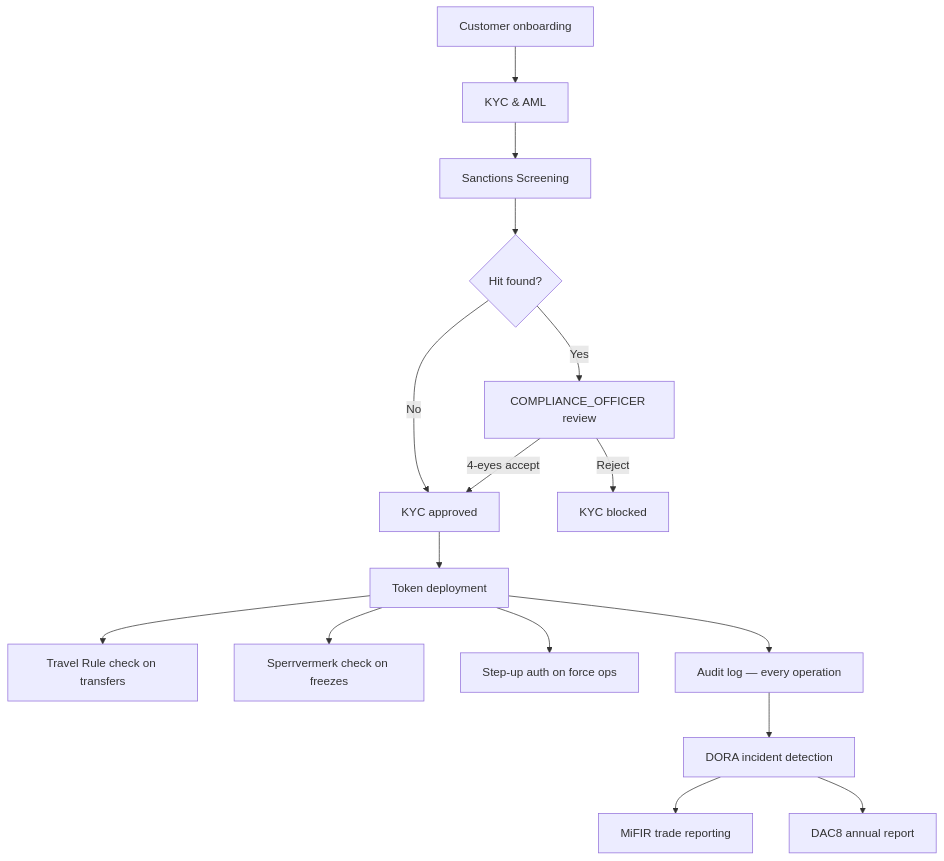
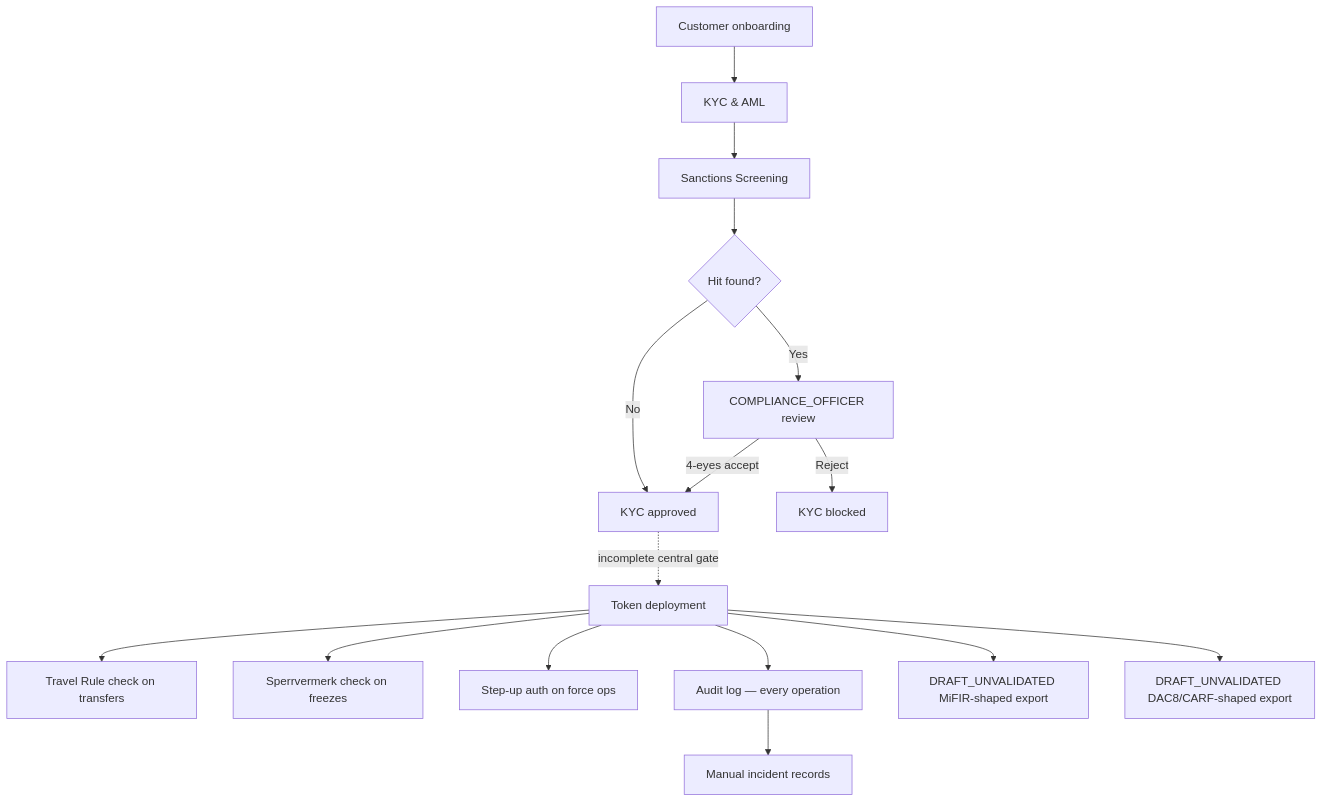
The diagram in docs/compliance/index.md (makibytes/registerwerk), drawn with Mermaid before and after one commit. The commit also changed other lines of this file and 1047 other files, not shown here.

````diff
--- a/docs/compliance/index.md
+++ b/docs/compliance/index.md
@@ -14,18 +20,18 @@
 ```mermaid
 flowchart TD
     A[Customer onboarding] --> B[KYC & AML]
     B --> C[Sanctions Screening]
     C --> D{Hit found?}
     D -->|No| E[KYC approved]
     D -->|Yes| F[COMPLIANCE_OFFICER review]
     F -->|4-eyes accept| E
     F -->|Reject| G[KYC blocked]
-    E --> H[Token deployment]
+    E -. incomplete central gate .-> H[Token deployment]
     H --> I[Travel Rule check on transfers]
     H --> J[Sperrvermerk check on freezes]
     H --> K[Step-up auth on force ops]
     H --> L[Audit log — every operation]
-    L --> M[DORA incident detection]
-    M --> N[MiFIR trade reporting]
-    M --> O[DAC8 annual report]
+    L --> M[Manual incident records]
+    H --> N[DRAFT_UNVALIDATED MiFIR-shaped export]
+    H --> O[DRAFT_UNVALIDATED DAC8/CARF-shaped export]
 ```
````
